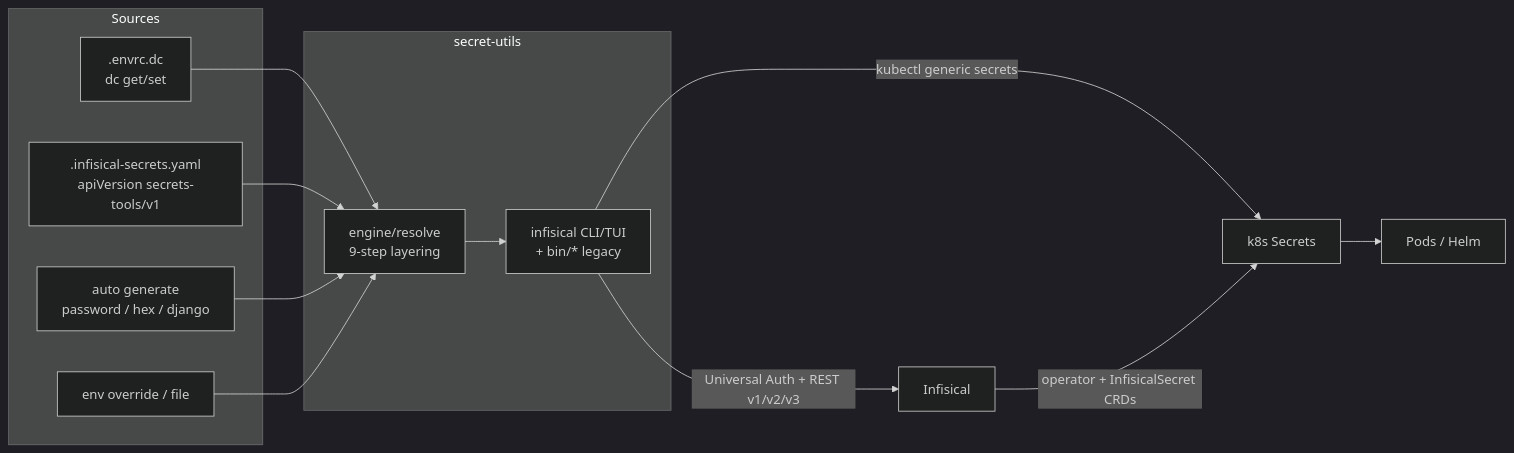
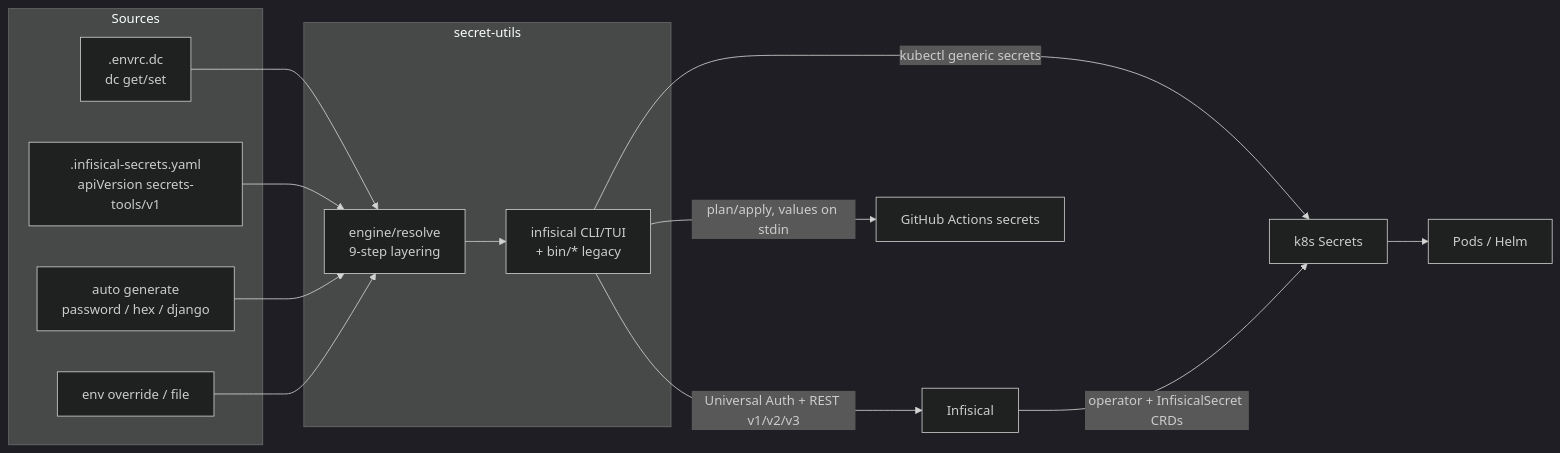
Before and after one commit to the-robot-lives/secrets-tools: the diagram in docs/PROJ-ARCH.md, drawn with Mermaid (dark theme). The commit also changed other lines of this file and 6 other files, not shown here.

Commit message:
docs: doc-sweep 2026-10-26 (layout/arch/schema/threat-model)

````diff
--- a/docs/PROJ-ARCH.md
+++ b/docs/PROJ-ARCH.md
@@ -24,22 +24,23 @@
 ```mermaid
 graph LR
     subgraph Sources
         DC[".envrc.dc<br/>dc get/set"]
         YAML[".infisical-secrets.yaml<br/>apiVersion secrets-tools/v1"]
         GEN["auto generate<br/>password / hex / django"]
         ENV["env override / file"]
     end
     subgraph secret-utils
         RES["engine/resolve<br/>9-step layering"]
         CLI["infisical CLI/TUI<br/>+ bin/* legacy"]
     end
     DC --> RES
     YAML --> RES
     GEN --> RES
     ENV --> RES
     RES --> CLI
     CLI -->|Universal Auth + REST v1/v2/v3| INF[Infisical]
     CLI -->|kubectl generic secrets| K8S
+    CLI -->|plan/apply, values on stdin| GH[GitHub Actions secrets]
     INF -->|operator + InfisicalSecret CRDs| K8S[k8s Secrets]
     K8S --> PODS[Pods / Helm]
 ```
````
